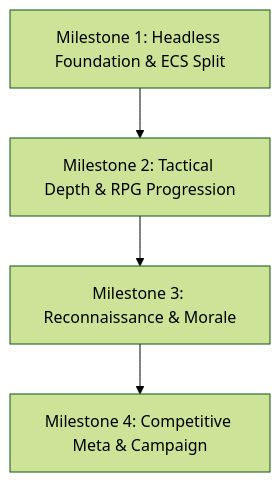
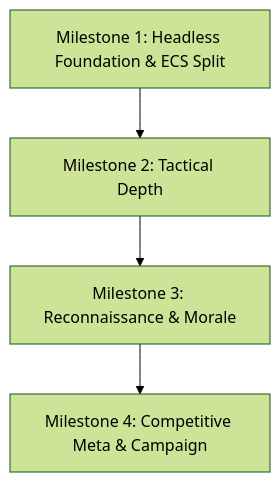
One commit to lordvlad/tictac changed the diagram in docs/plans/roadmap.md. Above: the diagram before and after it, drawn with Mermaid (forest theme). The commit also changed other lines of this file and 7 other files, not shown here.

````diff
--- a/docs/plans/roadmap.md
+++ b/docs/plans/roadmap.md
@@ -19,6 +19,6 @@
 ```mermaid
 graph TD
-    M1[Milestone 1: Headless Foundation & ECS Split] --> M2[Milestone 2: Tactical Depth & RPG Progression]
+    M1[Milestone 1: Headless Foundation & ECS Split] --> M2[Milestone 2: Tactical Depth]
     M2 --> M3[Milestone 3: Reconnaissance & Morale]
     M3 --> M4[Milestone 4: Competitive Meta & Campaign]
 ```
````
